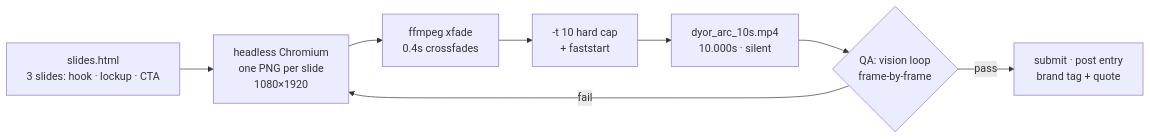
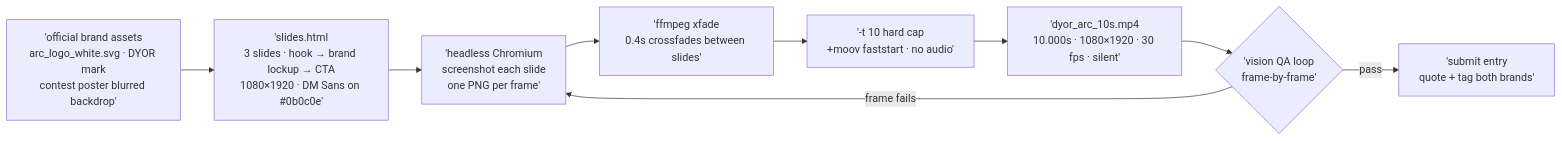
One commit to urelkdubdqwr/dyor-arc-contest changed the diagram in assets/diagram.mmd. Above: the diagram before and after it, drawn with Mermaid. The commit also changed 3 other files, not shown here.

Commit message:
rebuild: readme + header + diagram in studio style

```diff
--- a/assets/diagram.mmd
+++ b/assets/diagram.mmd
@@ -1,8 +1,9 @@
 flowchart LR
-    S["slides.html<br/>3 slides: hook · lockup · CTA"] --> C["headless Chromium<br/>one PNG per slide<br/>1080×1920"]
-    C --> F["ffmpeg xfade<br/>0.4s crossfades"]
-    F --> T["-t 10 hard cap<br/>+ faststart"]
-    T --> M["dyor_arc_10s.mp4<br/>10.000s · silent"]
-    M --> Q{"QA: vision loop<br/>frame-by-frame"}
-    Q -->|fail| C
-    Q -->|pass| X["submit · post entry<br/>brand tag + quote"]
+    H['slides.html<br/>3 slides · hook → brand lockup → CTA<br/>1080×1920 · DM Sans on #0b0c0e'] --> B['headless Chromium<br/>screenshot each slide<br/>one PNG per frame']
+    L['official brand assets<br/>arc_logo_white.svg · DYOR mark<br/>contest poster blurred backdrop'] --> H
+    B --> X['ffmpeg xfade<br/>0.4s crossfades between slides']
+    X --> T['-t 10 hard cap<br/>+moov faststart · no audio']
+    T --> M['dyor_arc_10s.mp4<br/>10.000s · 1080×1920 · 30 fps · silent']
+    M --> Q{'vision QA loop<br/>frame-by-frame'}
+    Q -->|frame fails| B
+    Q -->|pass| S['submit entry<br/>quote + tag both brands']
```
